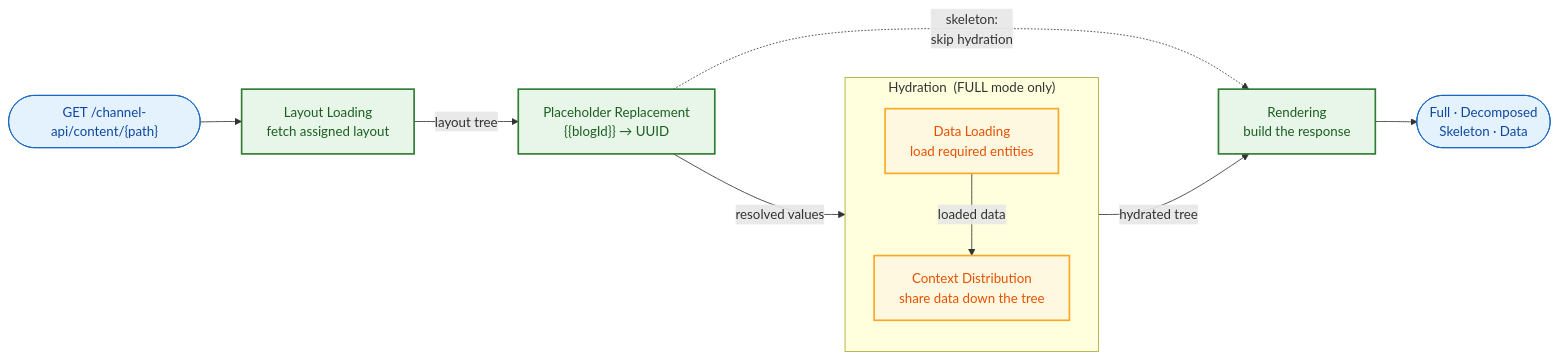
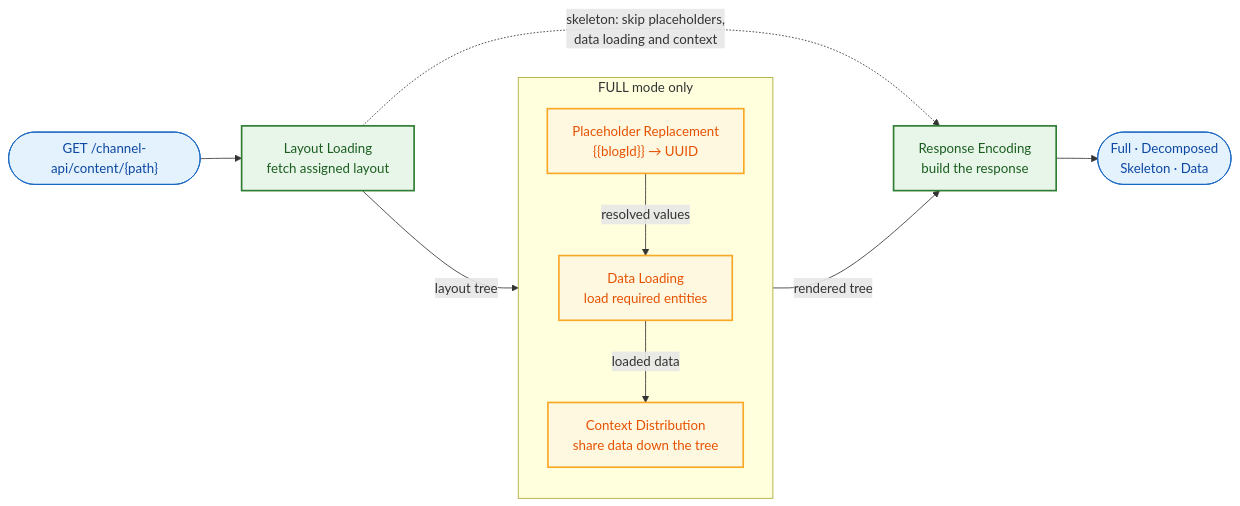
The diagram in Framework/ContentSystem/docs/data-flow.md (contena-cms/core), drawn with Mermaid before and after one commit. The commit also changed 392 other files, not shown here.

````diff
--- a/Framework/ContentSystem/docs/data-flow.md
+++ b/Framework/ContentSystem/docs/data-flow.md
@@ -5,30 +5,30 @@
 ```mermaid
 graph LR
     REQ(["GET /channel-api/content/{path}"]) --> A
 
     A["Layout Loading<br/>fetch assigned layout"]
-    B["Placeholder Replacement<br/>{{blogId}} → UUID"]
 
-    subgraph HYDR["Hydration &nbsp;(FULL mode only)"]
+    subgraph FULLONLY["FULL mode only"]
         direction TB
+        B["Placeholder Replacement<br/>{{blogId}} → UUID"]
         C["Data Loading<br/>load required entities"]
         D["Context Distribution<br/>share data down the tree"]
+        B -- "resolved values" --> C
         C -- "loaded data" --> D
     end
 
-    E["Rendering<br/>build the response"]
+    E["Response Encoding<br/>build the response"]
     RES(["Full · Decomposed<br/>Skeleton · Data"])
 
     A -- "layout tree" --> B
-    B -- "resolved values" --> C
-    D -- "hydrated tree" --> E
+    D -- "rendered tree" --> E
     E --> RES
-    B -. "skeleton:<br/>skip hydration" .-> E
+    A -. "skeleton: skip placeholders,<br/>data loading and context" .-> E
 
     classDef io fill:#e3f2fd,stroke:#1565c0,stroke-width:1px,color:#0d47a1
     classDef step fill:#e8f5e9,stroke:#2e7d32,stroke-width:2px,color:#1b5e20
     classDef hydr fill:#fff8e1,stroke:#f9a825,stroke-width:2px,color:#e65100
     class REQ,RES io
-    class A,B,E step
-    class C,D hydr
+    class A,E step
+    class B,C,D hydr
 ```
````
